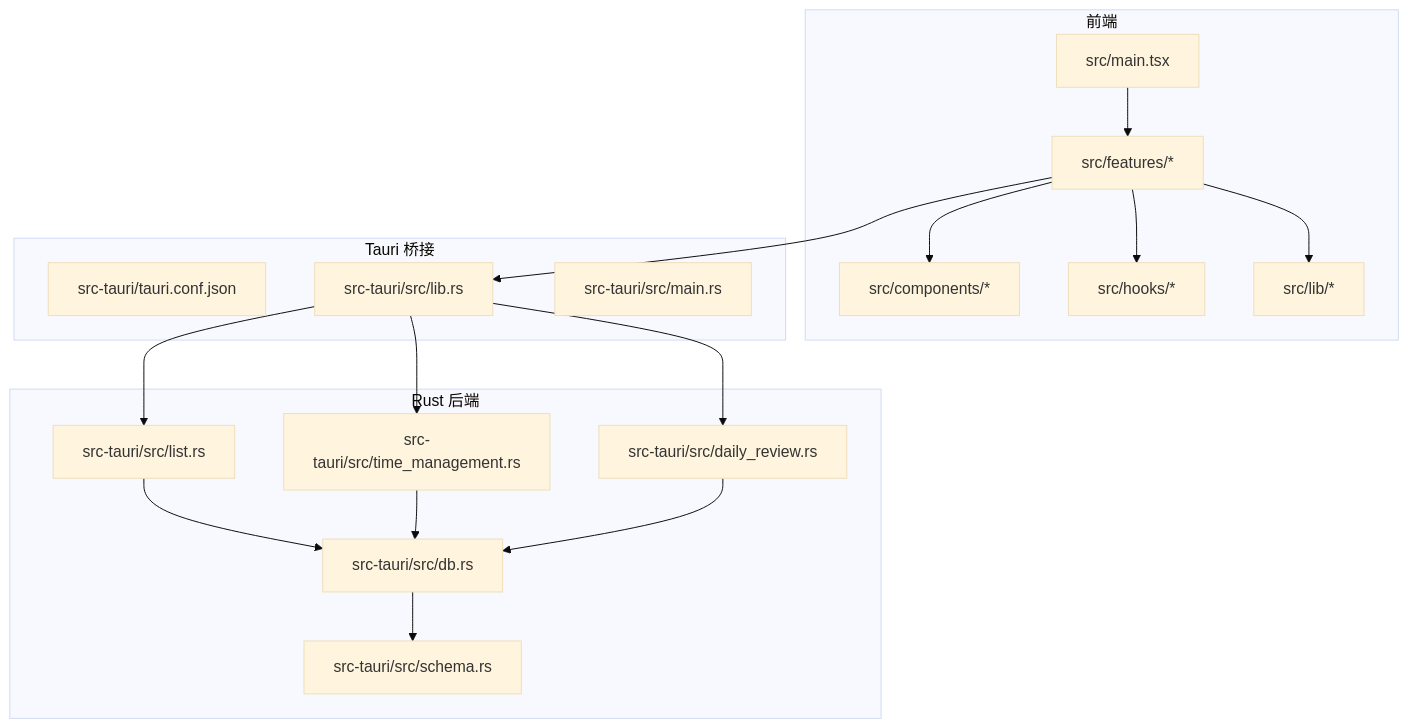
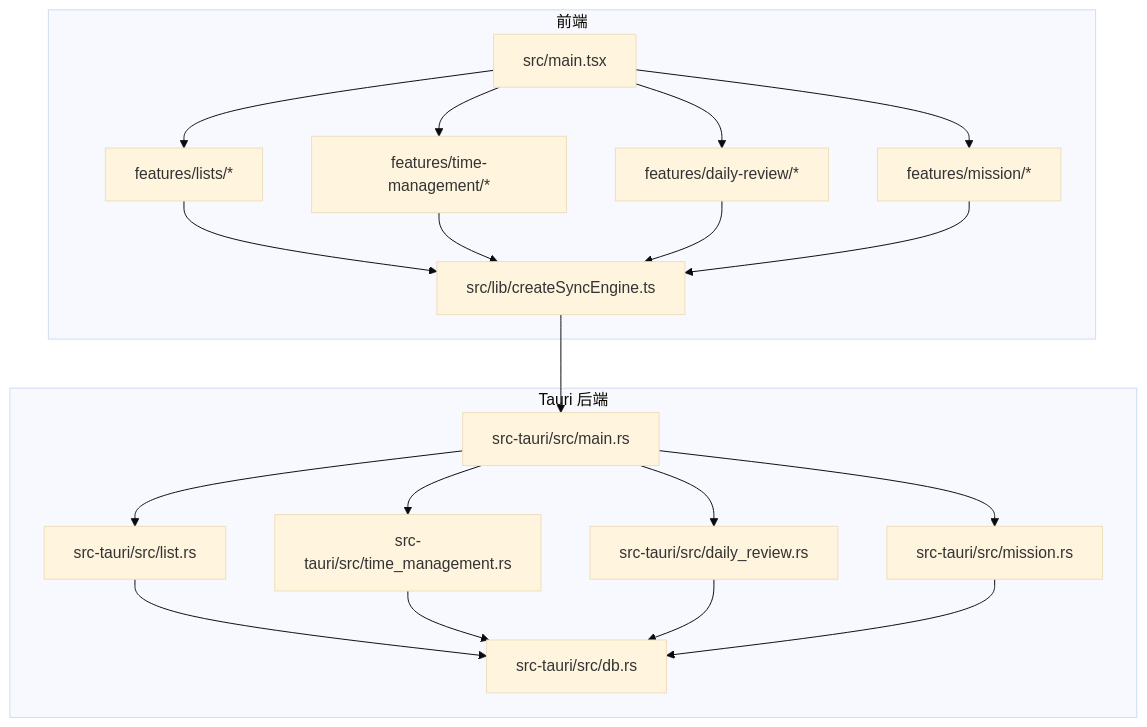
Before and after one commit to gzdxhujiale/FishWorker: the first of 11 diagrams in .qoder/repowiki/zh/content/架构设计/架构设计.md, drawn with Mermaid (base theme). The commit also changed other lines of this file and 238 other files, not shown here.

````diff
--- a/.qoder/repowiki/zh/content/架构设计/架构设计.md
+++ b/.qoder/repowiki/zh/content/架构设计/架构设计.md
@@ -54,34 +61,36 @@
 ```mermaid
 graph TB
 subgraph "前端"
 FE_Main["src/main.tsx"]
-FE_Features["src/features/*"]
-FE_Components["src/components/*"]
-FE_Hooks["src/hooks/*"]
-FE_Lib["src/lib/*"]
+FE_Sync["src/lib/createSyncEngine.ts"]
+FE_Lists["features/lists/*"]
+FE_Time["features/time-management/*"]
+FE_Daily["features/daily-review/*"]
+FE_Mission["features/mission/*"]
 end
-subgraph "Tauri 桥接"
-Tauri_Conf["src-tauri/tauri.conf.json"]
-Tauri_Lib["src-tauri/src/lib.rs"]
-Tauri_Main["src-tauri/src/main.rs"]
+subgraph "Tauri 后端"
+TA_Main["src-tauri/src/main.rs"]
+TA_DB["src-tauri/src/db.rs"]
+TA_Lists["src-tauri/src/list.rs"]
+TA_Time["src-tauri/src/time_management.rs"]
+TA_Daily["src-tauri/src/daily_review.rs"]
+TA_Mission["src-tauri/src/mission.rs"]
 end
-subgraph "Rust 后端"
-R_DB["src-tauri/src/db.rs"]
-R_Schema["src-tauri/src/schema.rs"]
-R_List["src-tauri/src/list.rs"]
-R_Time["src-tauri/src/time_management.rs"]
-R_Daily["src-tauri/src/daily_review.rs"]
-end
-FE_Main --> FE_Features
-FE_Features --> FE_Components
-FE_Features --> FE_Hooks
-FE_Features --> FE_Lib
-FE_Features --> Tauri_Lib
-Tauri_Lib --> R_List
-Tauri_Lib --> R_Time
-Tauri_Lib --> R_Daily
-R_List --> R_DB
-R_Time --> R_DB
-R_Daily --> R_DB
-R_DB --> R_Schema
+FE_Main --> FE_Lists
+FE_Main --> FE_Time
+FE_Main --> FE_Daily
+FE_Main --> FE_Mission
+FE_Lists --> FE_Sync
+FE_Time --> FE_Sync
+FE_Daily --> FE_Sync
+FE_Mission --> FE_Sync
+FE_Sync --> TA_Main
+TA_Main --> TA_Lists
+TA_Main --> TA_Time
+TA_Main --> TA_Daily
+TA_Main --> TA_Mission
+TA_Lists --> TA_DB
+TA_Time --> TA_DB
+TA_Daily --> TA_DB
+TA_Mission --> TA_DB
 ```
````
